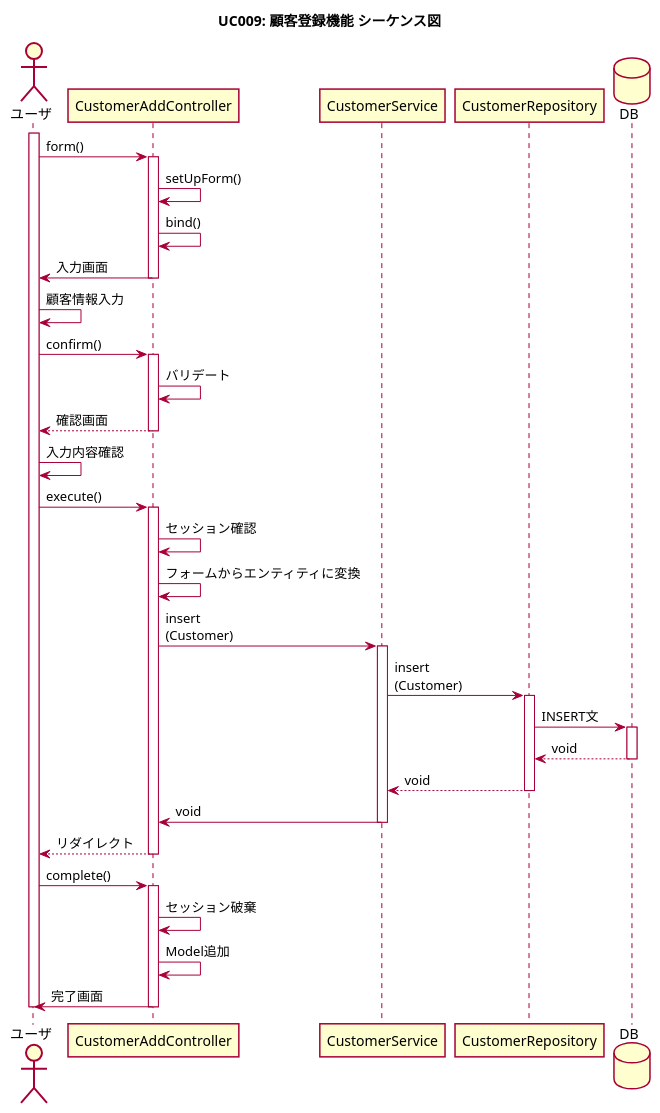
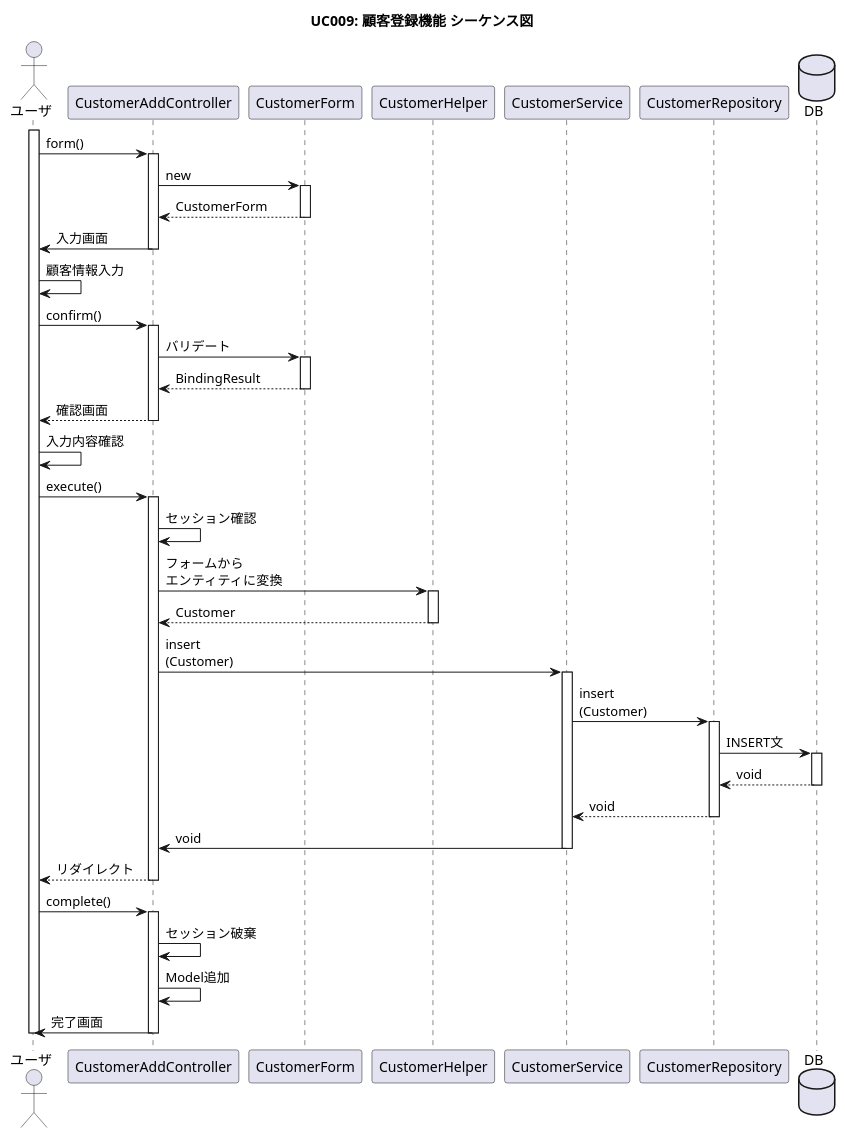
The diagram in plan/diagram/sequence/uc002_customer_register.puml (imagepit/fullness-ec), drawn with PlantUML before and after one commit. The commit also changed 5 other files, not shown here.

Commit message:
シーケンス図を修正

```diff
--- a/plan/diagram/sequence/uc002_customer_register.puml
+++ b/plan/diagram/sequence/uc002_customer_register.puml
@@ -1,43 +1,46 @@
 @startuml
-skin rose
+
 title UC009: 顧客登録機能 シーケンス図
-skinparam shadowing false
 
 actor ユーザ as user
 activate user
 participant "CustomerAddController" as controller
+participant "CustomerForm" as form
+participant "CustomerHelper" as helper
 participant "CustomerService" as svc2
 participant "CustomerRepository" as repo2
 database DB as db
 
 ' 入力画面
 user -> controller ++ : form()
-controller -> controller : setUpForm()
-controller -> controller : bind()
+controller -> form ++ : new
+controller <-- form -- : CustomerForm
 controller -> user -- : 入力画面
 
 ' 確認画面
 user -> user : 顧客情報入力
 user -> controller ++ : confirm()
-controller -> controller : バリデート
+controller -> form ++ : バリデート
+controller <-- form -- : BindingResult
 controller --> user -- : 確認画面
 
 ' 完了画面
 user -> user : 入力内容確認
 user -> controller ++ : execute()
 controller -> controller : セッション確認
 ' note right: フォームデータが\n空ならシステムエラー
-controller -> controller : フォームからエンティティに変換
+controller -> helper ++ : フォームから\nエンティティに変換
+controller <-- helper -- : Customer
 controller -> svc2 ++ : insert\n(Customer)
 svc2 -> repo2 ++ : insert\n(Customer)
 repo2 -> db ++ : INSERT文
 repo2 <-- db -- : void
 svc2 <-- repo2 -- : void
 svc2 -> controller -- : void
 user <-- controller -- : リダイレクト
 user -> controller ++ : complete()
 controller -> controller : セッション破棄
 controller -> controller : Model追加
 controller -> user -- : 完了画面
 deactivate user
 @enduml
```
